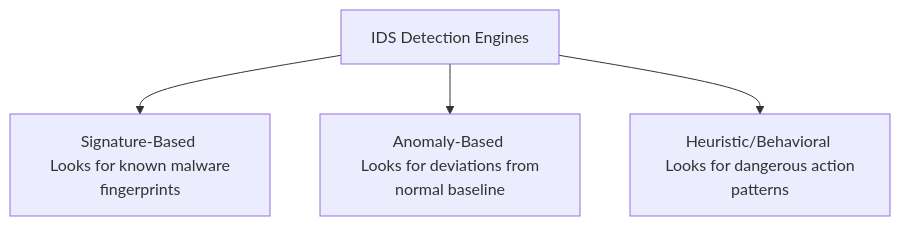
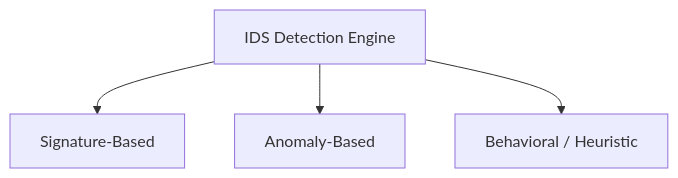
The fourth of 5 diagrams in 03-Academics/Network_Security/IDS.md (namaewafaisal/Obsidian_Vault), drawn with Mermaid before and after one commit. The commit also changed other lines of this file and 4 other files, not shown here.

````diff
--- a/03-Academics/Network_Security/IDS.md
+++ b/03-Academics/Network_Security/IDS.md
@@ -33,7 +250,9 @@
-```mermaid
-graph TD
-    A[IDS Detection Engines] --> B[Signature-Based <br> Looks for known malware fingerprints]
-    A --> C[Anomaly-Based <br> Looks for deviations from normal baseline]
-    A --> D[Heuristic/Behavioral <br> Looks for dangerous action patterns]
+```mermaid id="tq0b7t"
+flowchart TD
 
+    IDS[IDS Detection Engine]
+
+    IDS --> S[Signature-Based]
+    IDS --> A[Anomaly-Based]
+    IDS --> B[Behavioral / Heuristic]
 ```
````
